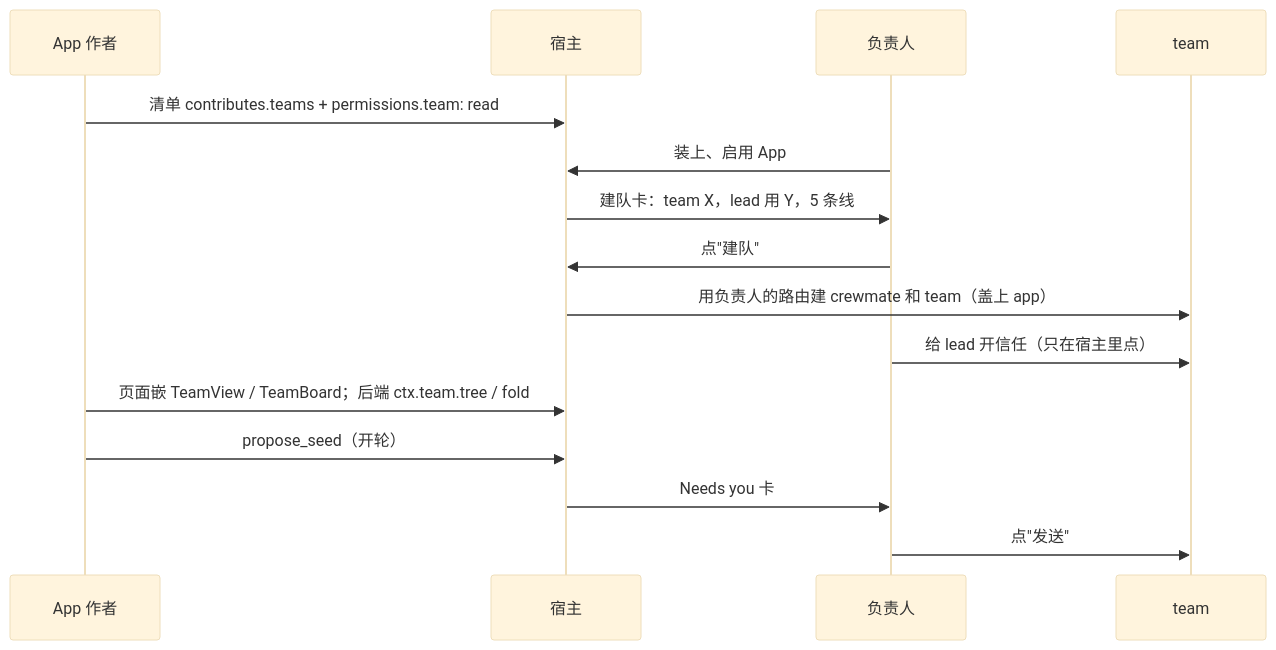
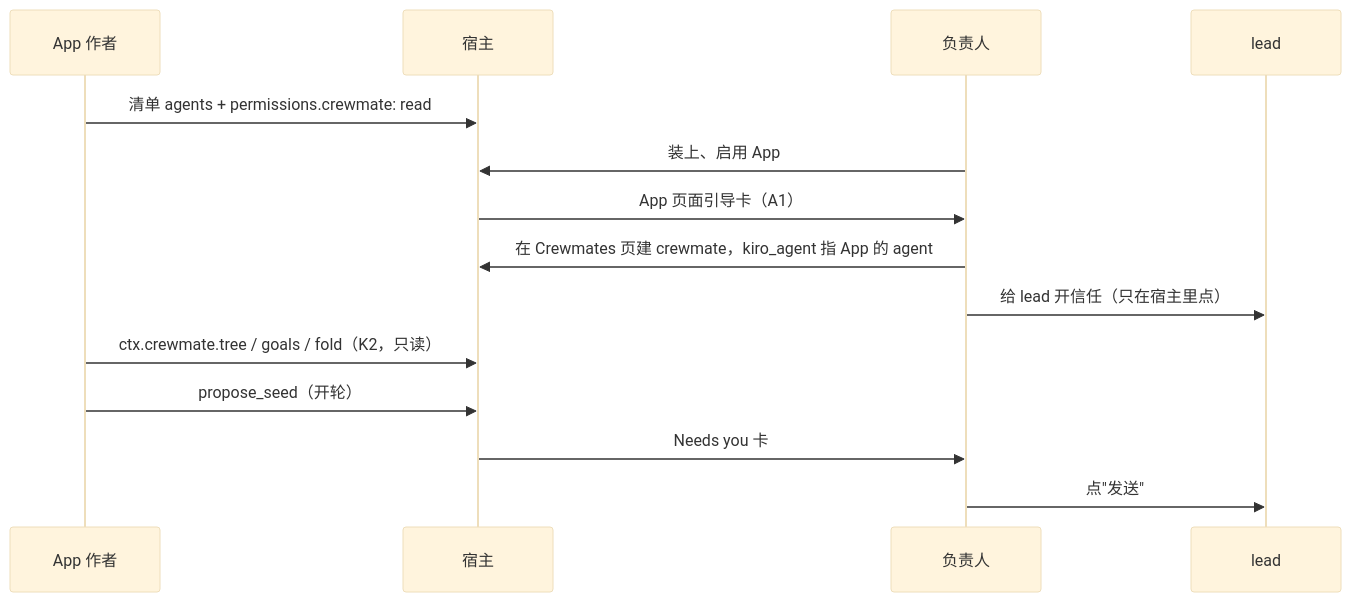
The ninth of 9 diagrams in docs/design/crewmate-team.md (iamwhatever/harness-rsi), drawn with Mermaid (base theme) before and after one commit. The commit also changed other lines of this file and 3 other files, not shown here.

First line of the commit message:
docs: crewmate design v4 (one crewmate, team views in the app first)

````diff
--- a/docs/design/crewmate-team.md
+++ b/docs/design/crewmate-team.md
@@ -384,17 +364,16 @@
 ```mermaid
 sequenceDiagram
   participant D as App 作者
   participant H as 宿主
   participant O as 负责人
-  participant T as team
-  D->>H: 清单 contributes.teams + permissions.team: read
+  participant L as lead
+  D->>H: 清单 agents + permissions.crewmate: read
   O->>H: 装上、启用 App
-  H->>O: 建队卡：team X，lead 用 Y，5 条线
-  O->>H: 点"建队"
-  H->>T: 用负责人的路由建 crewmate 和 team（盖上 app）
-  O->>T: 给 lead 开信任（只在宿主里点）
-  D->>H: 页面嵌 TeamView / TeamBoard；后端 ctx.team.tree / fold
+  H->>O: App 页面引导卡（A1）
+  O->>H: 在 Crewmates 页建 crewmate，kiro_agent 指 App 的 agent
+  O->>L: 给 lead 开信任（只在宿主里点）
+  D->>H: ctx.crewmate.tree / goals / fold（K2，只读）
   D->>H: propose_seed（开轮）
   H->>O: Needs you 卡
-  O->>T: 点"发送"
+  O->>L: 点"发送"
 ```
````
